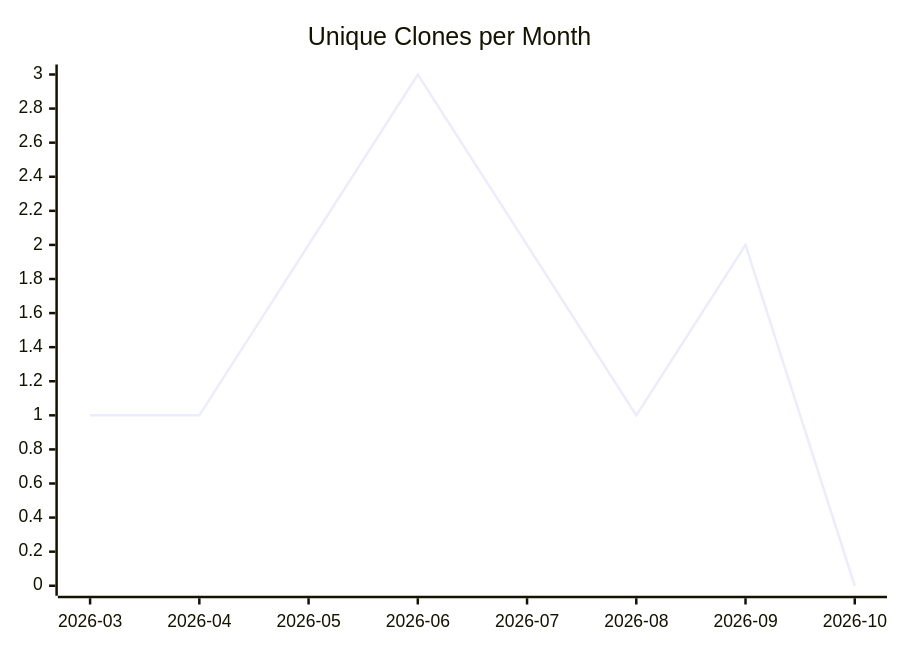
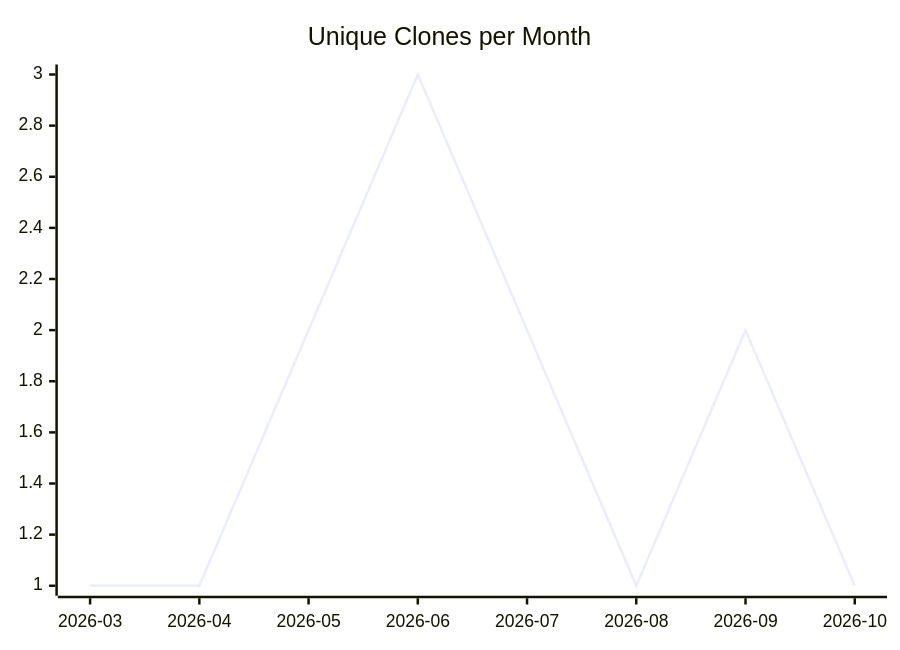
The third of 3 diagrams in karlmdavis/ansible-role-acmetool/README.md (justdavis-family/github-analytics-data), drawn with Mermaid before and after one commit. The commit also changed other lines of this file and 196 other files, not shown here.

````diff
--- a/karlmdavis/ansible-role-acmetool/README.md
+++ b/karlmdavis/ansible-role-acmetool/README.md
@@ -19,6 +19,6 @@
 ```mermaid
 xychart-beta
   title "Unique Clones per Month"
   x-axis ["2026-03", "2026-04", "2026-05", "2026-06", "2026-07", "2026-08", "2026-09", "2026-10"]
-  line [1, 1, 2, 3, 2, 1, 2, 0]
+  line [1, 1, 2, 3, 2, 1, 2, 1]
 ```
````
